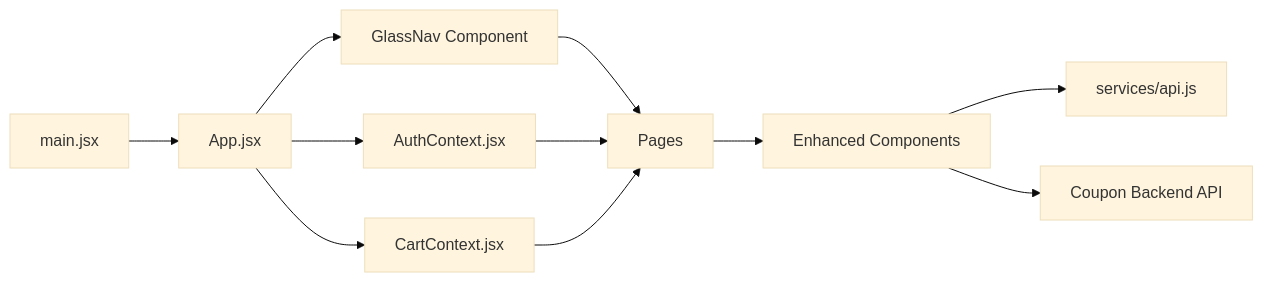
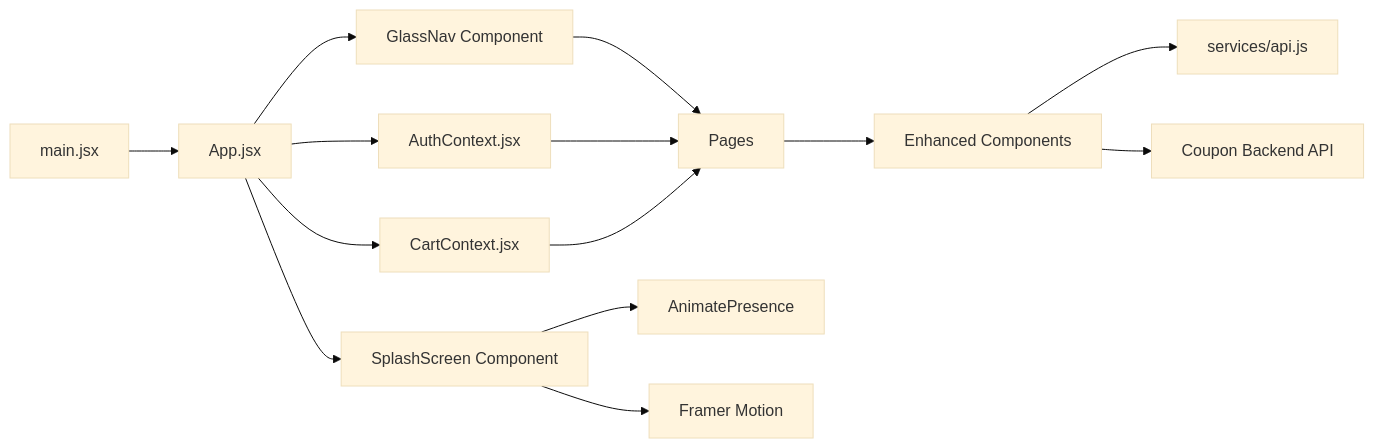
One commit to Pavan-PSPK9032/TrendsandToss changed the eighth of 8 diagrams in .qoder/repowiki/en/content/Frontend Components & UI/Frontend Components & UI.md. Above: the diagram before and after it, drawn with Mermaid (base theme). The commit also changed other lines of this file and 5 other files, not shown here.

````diff
--- a/.qoder/repowiki/en/content/Frontend Components & UI/Frontend Components & UI.md
+++ b/.qoder/repowiki/en/content/Frontend Components & UI/Frontend Components & UI.md
@@ -435,13 +495,16 @@
 ```mermaid
 graph LR
 MAIN["main.jsx"] --> APP["App.jsx"]
 APP --> GLASS_NAV["GlassNav Component"]
+APP --> SPLASH["SplashScreen Component"]
 APP --> AUTH["AuthContext.jsx"]
 APP --> CART["CartContext.jsx"]
 GLASS_NAV --> PAGES["Pages"]
+SPLASH --> ANIMATE_PRESENCE["AnimatePresence"]
+SPLASH --> FRAMER_MOTION["Framer Motion"]
 AUTH --> PAGES
 CART --> PAGES
 PAGES --> UI["Enhanced Components"]
 UI --> API["services/api.js"]
 UI --> COUPON_API["Coupon Backend API"]
 ```
````
